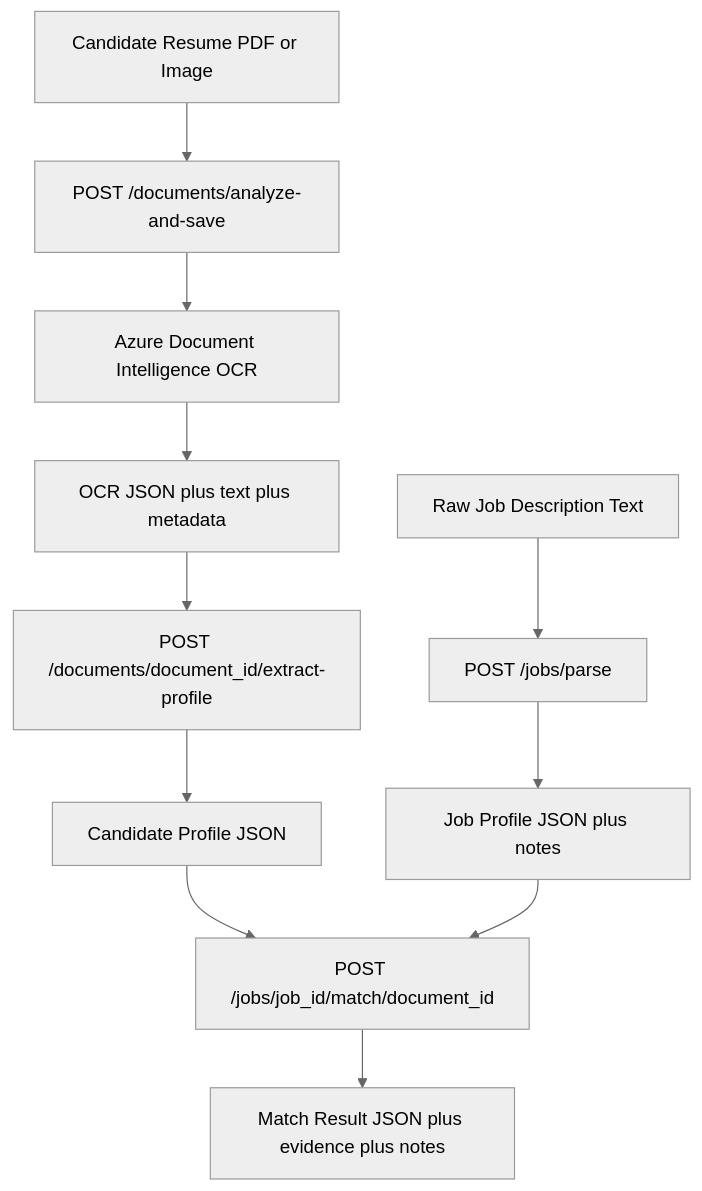
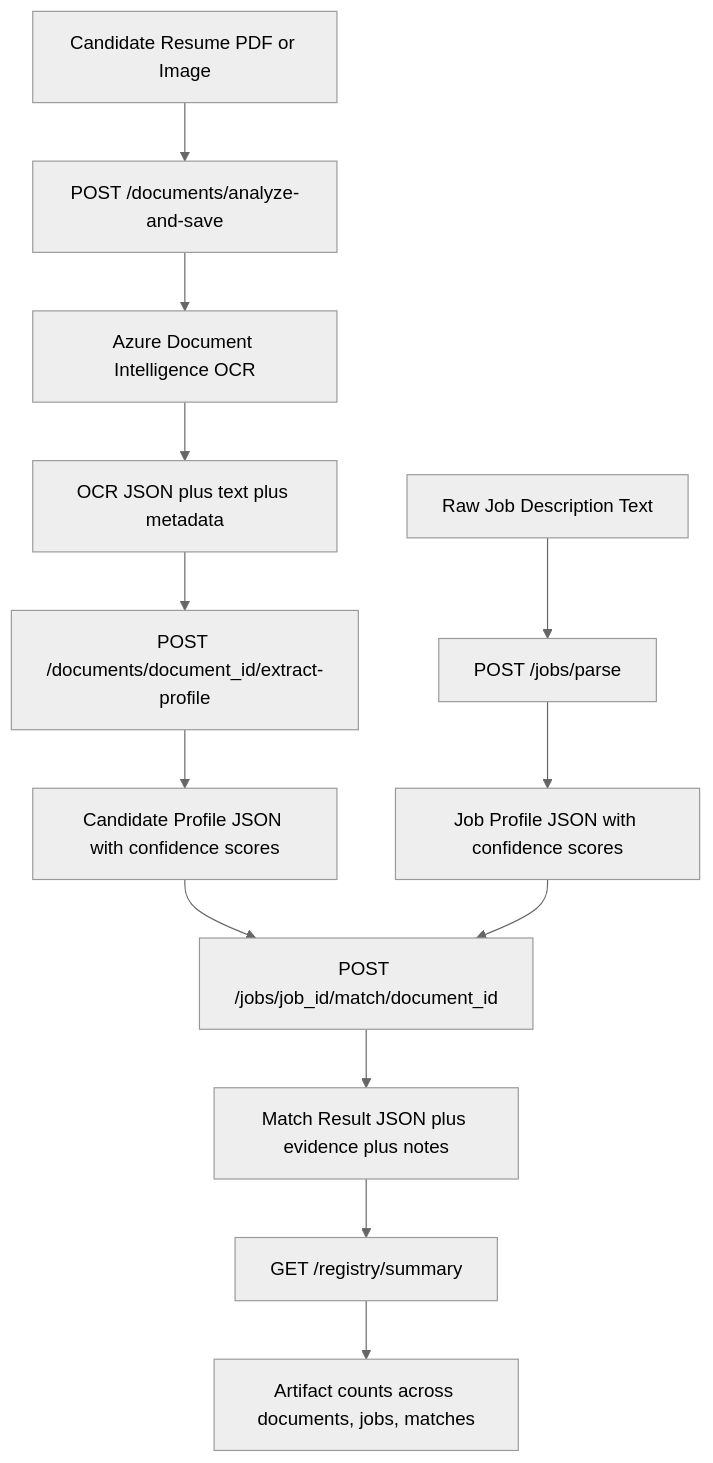
Before and after one commit to NANInithin/azure-ocr-job-matcher: the diagram in README.md, drawn with Mermaid (neutral theme). The commit also changed other lines of this file, not shown here.

Commit message:
docs: sync README with Week 3 milestones — registry, confidence scoring, project structure

````diff
--- a/README.md
+++ b/README.md
@@ -15,16 +15,19 @@
 ```mermaid
 flowchart TD
     A[Candidate Resume PDF or Image] --> B[POST /documents/analyze-and-save]
     B --> C[Azure Document Intelligence OCR]
     C --> D[OCR JSON plus text plus metadata]
 
     D --> E[POST /documents/document_id/extract-profile]
-    E --> F[Candidate Profile JSON]
+    E --> F[Candidate Profile JSON with confidence scores]
 
     G[Raw Job Description Text] --> H[POST /jobs/parse]
-    H --> I[Job Profile JSON plus notes]
+    H --> I[Job Profile JSON with confidence scores]
 
     F --> J[POST /jobs/job_id/match/document_id]
     I --> J
     J --> K[Match Result JSON plus evidence plus notes]
+
+    K --> L[GET /registry/summary]
+    L --> M[Artifact counts across documents, jobs, matches]
 ```
````
